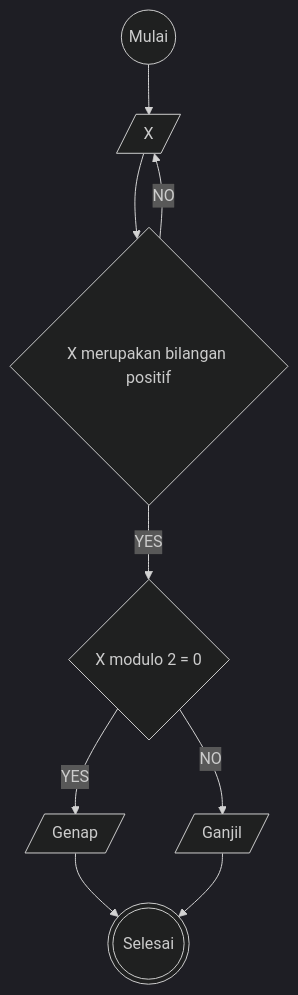
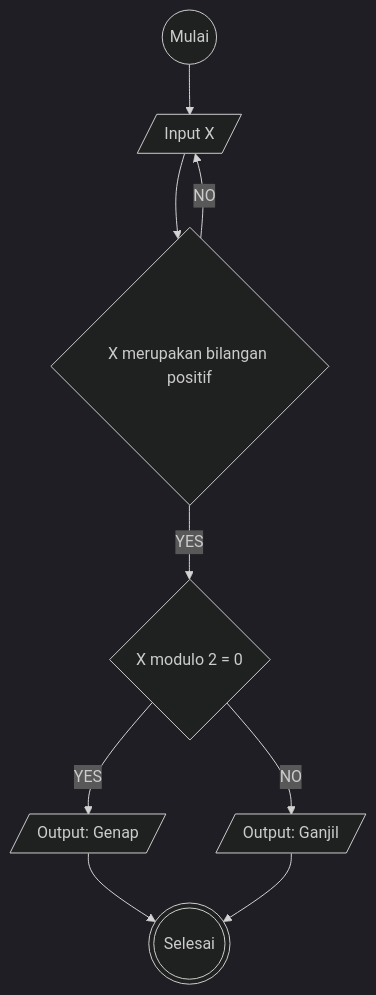
One commit to mdavindarinaldy/fgo24-algoritma changed the diagram in minitask-ganjil-genap.md. Above: the diagram before and after it, drawn with Mermaid (dark theme).

````diff
--- a/minitask-ganjil-genap.md
+++ b/minitask-ganjil-genap.md
@@ -17,16 +17,16 @@
 ```mermaid
 flowchart TD
 A((Mulai))
-B[/X/]
+B[/Input X/]
 C{X merupakan bilangan positif}
 D{X modulo 2 = 0}
-E[/Genap/]
-F[/Ganjil/]
+E[/Output: Genap/]
+F[/Output: Ganjil/]
 G(((Selesai)))
 
 A --> B --> C --YES--> D
 C --NO--> B
 D --YES--> E
 D --NO--> F
 E & F --> G
 ```
````
